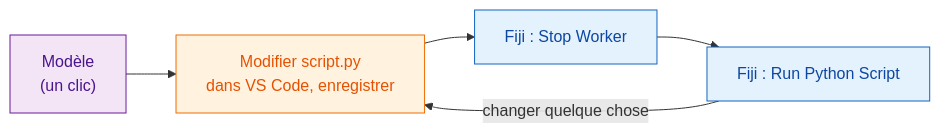
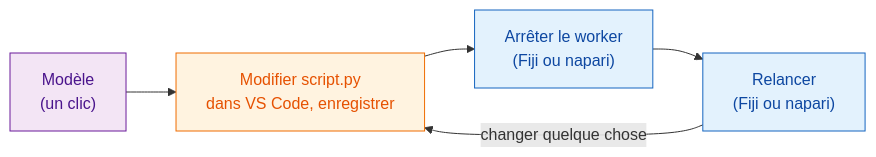
Before and after one commit to Oxford-Zeiss-Centre-of-Excellence/Wavu: the diagram in guide/write/get-the-template.fr.md, drawn with Mermaid. The commit also changed other lines of this file and 70 other files, not shown here.

First line of the commit message:
docs(site): Oxford blue theme with partner logos; napari throughout "Write a script"; FAIR marketplace

````diff
--- a/guide/write/get-the-template.fr.md
+++ b/guide/write/get-the-template.fr.md
@@ -16,13 +18,13 @@
 ```mermaid
 flowchart LR
     T["Modèle<br/>(un clic)"]:::env
     V["Modifier script.py<br/>dans VS Code, enregistrer"]:::script
-    S["Fiji : Stop Worker"]:::fiji
-    R["Fiji : Run Python Script"]:::fiji
+    S["Arrêter le worker<br/>(Fiji ou napari)"]:::fiji
+    R["Relancer<br/>(Fiji ou napari)"]:::fiji
     T --> V --> S --> R
     R -- "changer quelque chose" --> V
 
     classDef fiji   fill:#e3f2fd,stroke:#1565c0,color:#0d47a1
     classDef script fill:#fff3e0,stroke:#ef6c00,color:#e65100
     classDef env    fill:#f3e5f5,stroke:#6a1b9a,color:#4a148c
 ```
````
